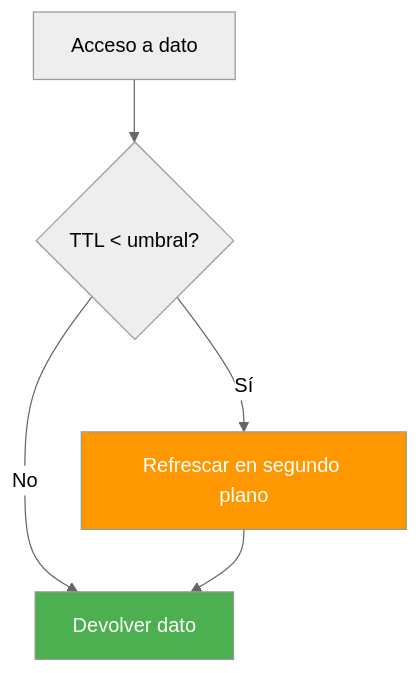
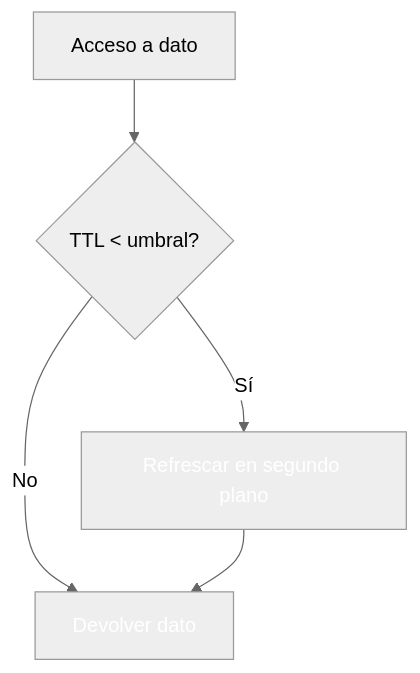
Diagram 11 of 17 in 14-cache-redis.md (joseluisgs/DesarrolloWebEntornosServidor-02-2026-2027), drawn with Mermaid (neutral theme) before and after one commit. The commit also changed other lines of this file and 41 other files, not shown here.

````diff
--- a/14-cache-redis.md
+++ b/14-cache-redis.md
@@ -375,9 +375,9 @@
 ```mermaid
 flowchart TD
     A["Acceso a dato"] --> B{"TTL < umbral?"}
     B -->|Sí| C["Refrescar en segundo plano"]
     B -->|No| D["Devolver dato"]
     C --> D
-    style C fill:#FF9800,color:#fff
-    style D fill:#4CAF50,color:#fff
+    style C fill:#FF980,color:#fff0,color:#fff
+    style D fill:#4CAF5,color:#fff0,color:#fff
 ```
````
